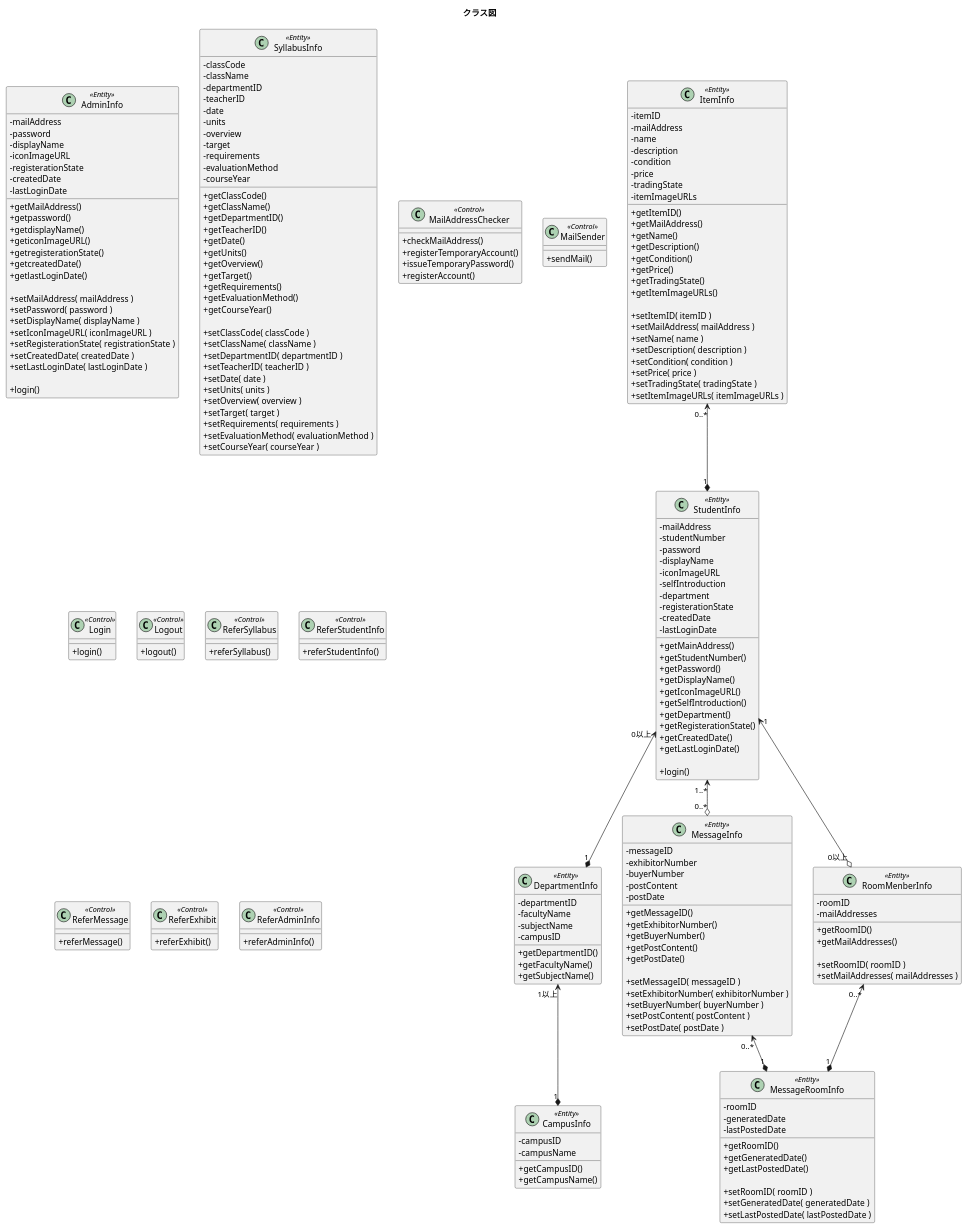
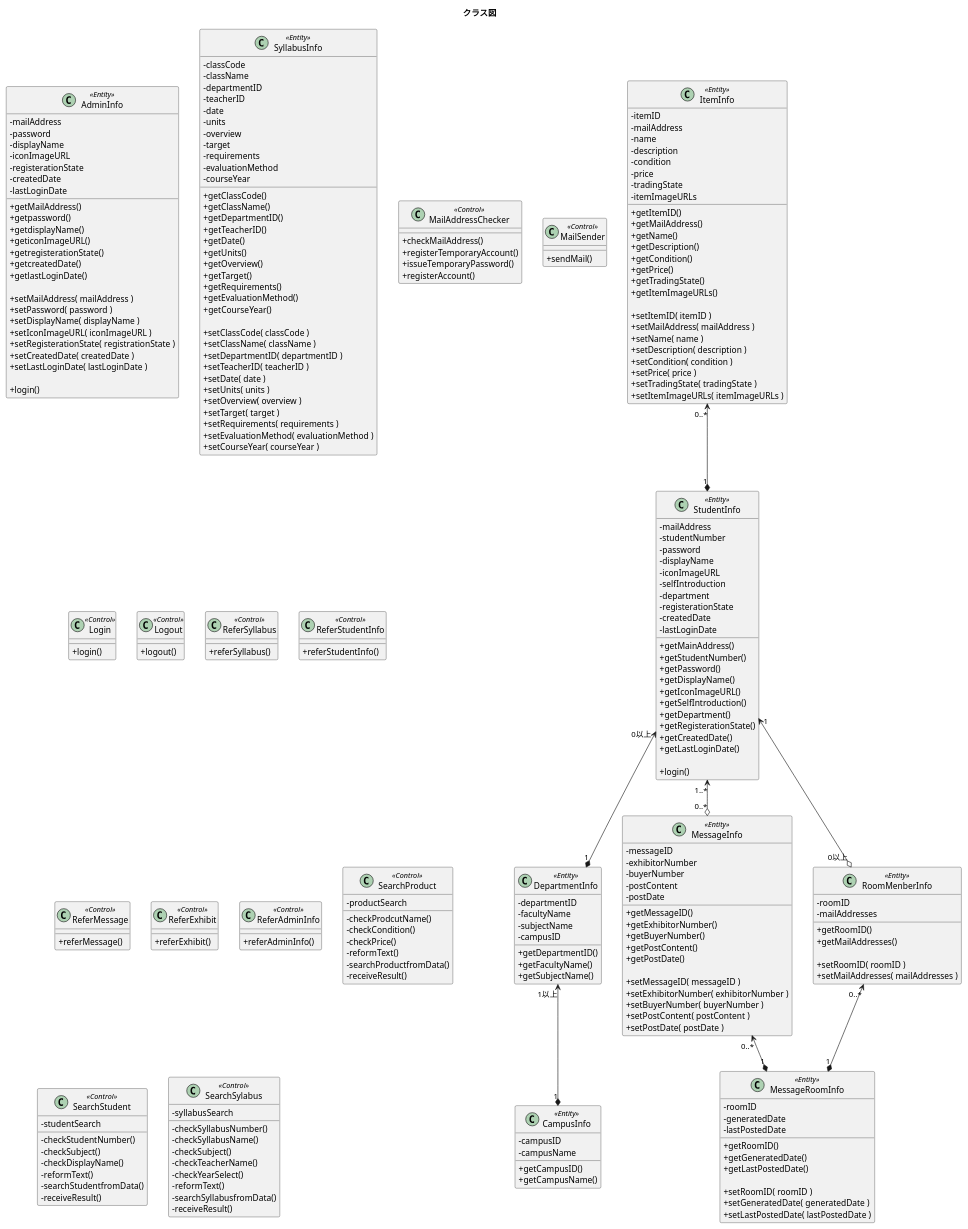
One commit to Gamu2059/ServerPrograming changed the diagram in ClassGraph.pu. Above: the diagram before and after it, drawn with PlantUML.

Commit message:
宇津木のクラス図を追加

```diff
--- a/ClassGraph.pu
+++ b/ClassGraph.pu
@@ -229,7 +229,60 @@
     +referAdminInfo()
 }
 
+class SearchProduct <<Control>>{
+    -productSearch
 
+    -checkProdcutName()
+    '商品名が0から50文字以内であることを確認する
+    -checkCondition()
+    'ドロップダウンボタンで値が選択されているか確認する
+    -checkPrice()
+    '価格が6桁以内で、[0~9]以外の文字列が含まれていないか確認する
+    -reformText()
+    '全角英数字を半角英数字に変換する
+    -searchProductfromData()
+    '検索を要請する
+    -receiveResult()
+    '検索結果を受け取る
+}
+
+class SearchStudent <<Control>>{
+    -studentSearch
+
+    -checkStudentNumber()
+    '学籍番号が0~8桁で、[ 0~9 , a~z , A~Z ]以外の文字列が含まれていないか確認する
+    -checkSubject()
+    'ドロップダウンボタンで値が選択されているか確認する
+    -checkDisplayName()
+    'ディスプレイネームが0~20文字以内である確認する
+    -reformText()
+    '全角英数字を半角英数字に変換する
+    -searchStudentfromData()
+    '検索を要請する
+    -receiveResult()
+    '検索結果を受け取る
+}
+
+class SearchSylabus <<Control>>{
+    -syllabusSearch
+
+    -checkSyllabusNumber()
+    '渡された授業コードは１０桁で、[ 0~9 , a~z , A~Z ]以外の文字が含まれていないか確認する
+     -checkSyllabusName()
+    'シラバスの名前が1～30文字以内であるか確認する
+    -checkSubject()
+    'ドロップダウンボタンで値が選択されているか確認する
+    -checkTeacherName()
+    '担当教員名が0から30文字以内であることを確認する
+    -checkYearSelect()
+    'ドロップダウンボタンで値が選択されているか確認する
+    -reformText()
+    '全角英数字を半角英数字に変換する
+    -searchSyllabusfromData()
+    '検索を要請する
+    -receiveResult()
+    '検索結果を受け取る
+}
 
 
 DepartmentInfo "1以上" <--* "1" CampusInfo
```
